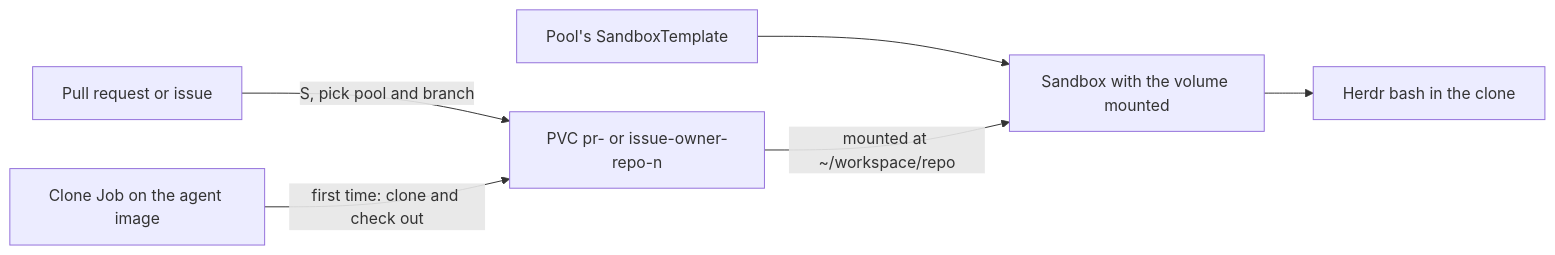
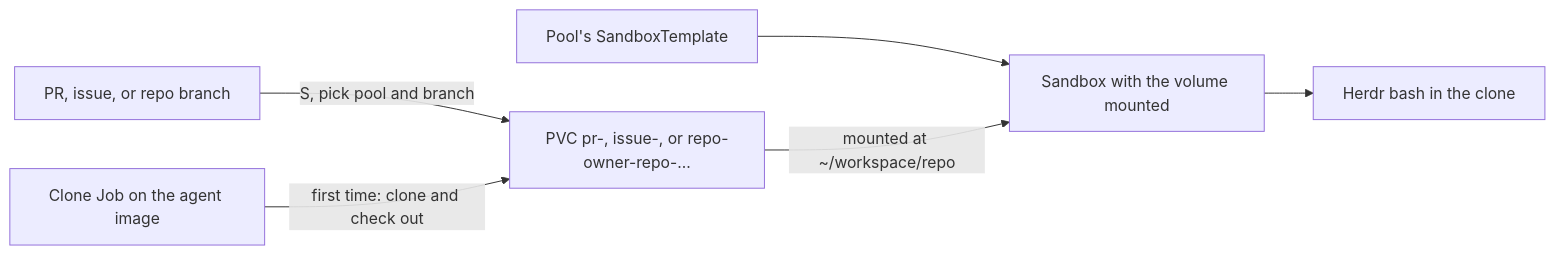
Before and after one commit to tmih06/nightshift: the second of 2 diagrams in ARCHITECTURE.md, drawn with Mermaid. The commit also changed other lines of this file and 32 other files, not shown here.

````diff
--- a/ARCHITECTURE.md
+++ b/ARCHITECTURE.md
@@ -60,8 +60,8 @@
 ```mermaid
 flowchart LR
-  Item[Pull request or issue] -->|S, pick pool and branch| Volume[PVC pr- or issue-owner-repo-n]
+  Item[PR, issue, or repo branch] -->|S, pick pool and branch| Volume[PVC pr-, issue-, or repo-owner-repo-...]
   Job[Clone Job on the agent image] -->|first time: clone and check out| Volume
   Template[Pool's SandboxTemplate] --> Sandbox[Sandbox with the volume mounted]
   Volume -->|mounted at ~/workspace/repo| Sandbox
   Sandbox --> Session[Herdr bash in the clone]
 ```
````
